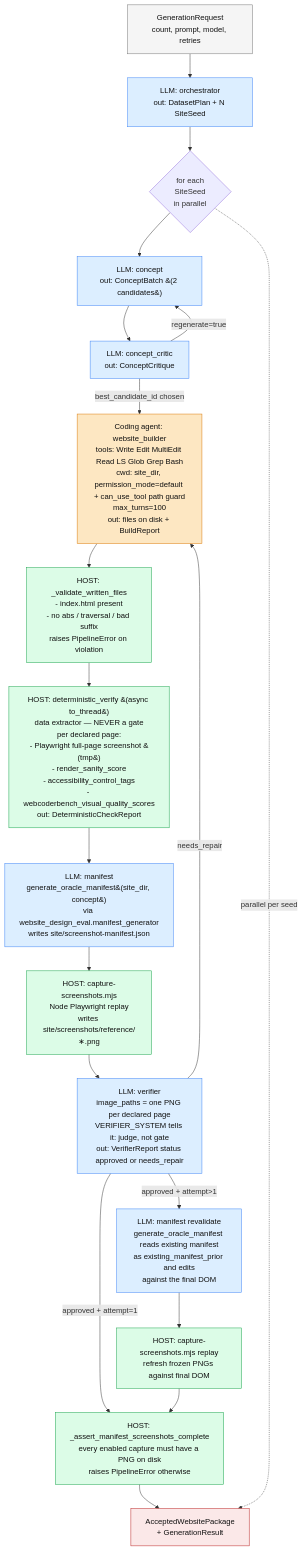
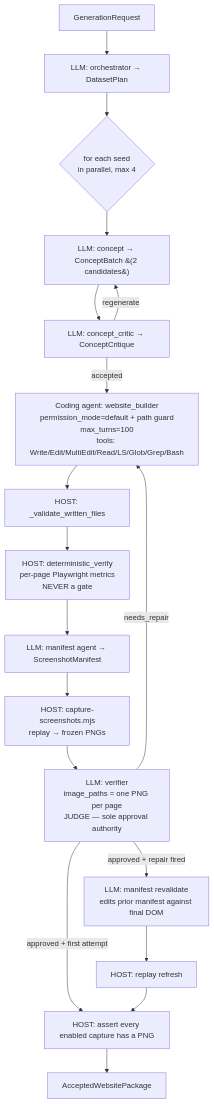
Before and after one commit to KushanRaj/website-design-eval-recipe: the diagram in Generator/docs/claude-sdk-website-generator.md, drawn with Mermaid. The commit also changed other lines of this file and 16 other files, not shown here.

````diff
--- a/Generator/docs/claude-sdk-website-generator.md
+++ b/Generator/docs/claude-sdk-website-generator.md
@@ -28,27 +541,20 @@
 ```mermaid
 flowchart TD
-    A[GenerationRequest<br/>count, prompt, model, retries]:::input --> B
-    B[LLM: orchestrator<br/>out: DatasetPlan + N SiteSeed]:::llm --> C{for each<br/>SiteSeed<br/>in parallel}
-    C --> D[LLM: concept<br/>out: ConceptBatch &#40;2 candidates&#41;]:::llm
-    D --> E[LLM: concept_critic<br/>out: ConceptCritique]:::llm
-    E -->|regenerate=true| D
-    E -->|best_candidate_id chosen| F[Coding agent: website_builder<br/>tools: Write Edit MultiEdit Read LS Glob Grep Bash<br/>cwd: site_dir, permission_mode=default + can_use_tool path guard<br/>max_turns=100<br/>out: files on disk + BuildReport]:::agent
-    F --> G[HOST: _validate_written_files<br/>- index.html present<br/>- no abs / traversal / bad suffix<br/>raises PipelineError on violation]:::host
-    G --> H[HOST: deterministic_verify &#40;async to_thread&#41;<br/>data extractor — NEVER a gate<br/>per declared page:<br/>- Playwright full-page screenshot &#40;tmp&#41;<br/>- render_sanity_score<br/>- accessibility_control_tags<br/>- webcoderbench_visual_quality_scores<br/>out: DeterministicCheckReport]:::host
-    H --> M[LLM: manifest<br/>generate_oracle_manifest&#40;site_dir, concept&#41;<br/>via website_design_eval.manifest_generator<br/>writes site/screenshot-manifest.json]:::llm
-    M --> N[HOST: capture-screenshots.mjs<br/>Node Playwright replay<br/>writes site/screenshots/reference/&lowast;.png]:::host
-    N --> V[LLM: verifier<br/>image_paths = one PNG per declared page<br/>VERIFIER_SYSTEM tells it: judge, not gate<br/>out: VerifierReport status approved or needs_repair]:::llm
+    A[GenerationRequest] --> B[LLM: orchestrator → DatasetPlan]
+    B --> C{for each seed<br/>in parallel, max 4}
+    C --> D[LLM: concept → ConceptBatch &#40;2 candidates&#41;]
+    D --> E[LLM: concept_critic → ConceptCritique]
+    E -->|regenerate| D
+    E -->|accepted| F[Coding agent: website_builder<br/>permission_mode=default + path guard<br/>max_turns=100<br/>tools: Write/Edit/MultiEdit/Read/LS/Glob/Grep/Bash]
+    F --> G[HOST: _validate_written_files]
+    G --> H[HOST: deterministic_verify<br/>per-page Playwright metrics<br/>NEVER a gate]
+    H --> M[LLM: manifest agent → ScreenshotManifest]
+    M --> N[HOST: capture-screenshots.mjs<br/>replay → frozen PNGs]
+    N --> V[LLM: verifier<br/>image_paths = one PNG per page<br/>JUDGE — sole approval authority]
     V -->|needs_repair| F
-    V -->|approved + attempt&gt;1| MR[LLM: manifest revalidate<br/>generate_oracle_manifest reads existing manifest<br/>as existing_manifest_prior and edits<br/>against the final DOM]:::llm
-    MR --> NR[HOST: capture-screenshots.mjs replay<br/>refresh frozen PNGs against final DOM]:::host
-    V -->|approved + attempt=1| AS
-    NR --> AS[HOST: _assert_manifest_screenshots_complete<br/>every enabled capture must have a PNG on disk<br/>raises PipelineError otherwise]:::host
-    AS --> Z[AcceptedWebsitePackage<br/>+ GenerationResult]:::output
-    C -.parallel per seed.-> Z
-
-    classDef llm fill:#dceeff,stroke:#3b82f6,color:#111
-    classDef agent fill:#fde7c2,stroke:#d97706,color:#111
-    classDef host fill:#dcfce7,stroke:#16a34a,color:#111
-    classDef input fill:#f5f5f5,stroke:#737373,color:#111
-    classDef output fill:#fbe8e8,stroke:#b91c1c,color:#111
+    V -->|approved + repair fired| MR[LLM: manifest revalidate<br/>edits prior manifest against final DOM]
+    MR --> NR[HOST: replay refresh]
+    V -->|approved + first attempt| AS
+    NR --> AS[HOST: assert every enabled capture has a PNG]
+    AS --> Z[AcceptedWebsitePackage]
 ```
````
